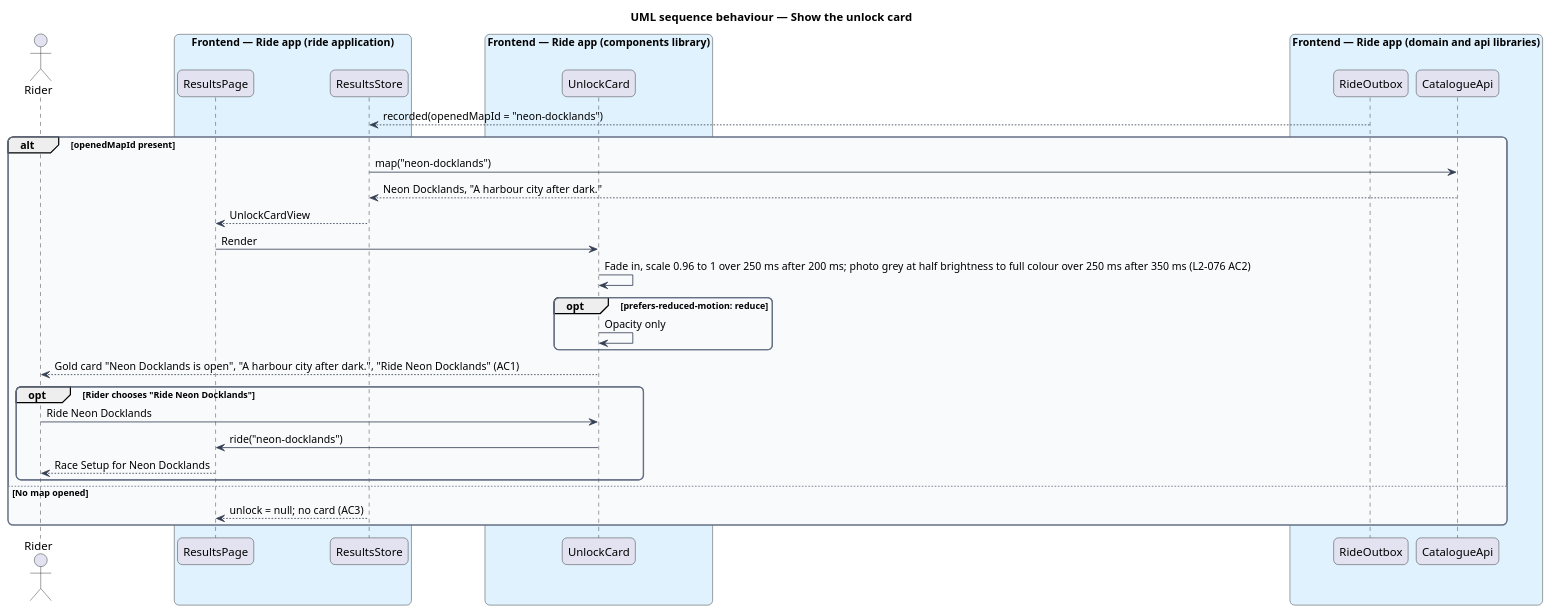
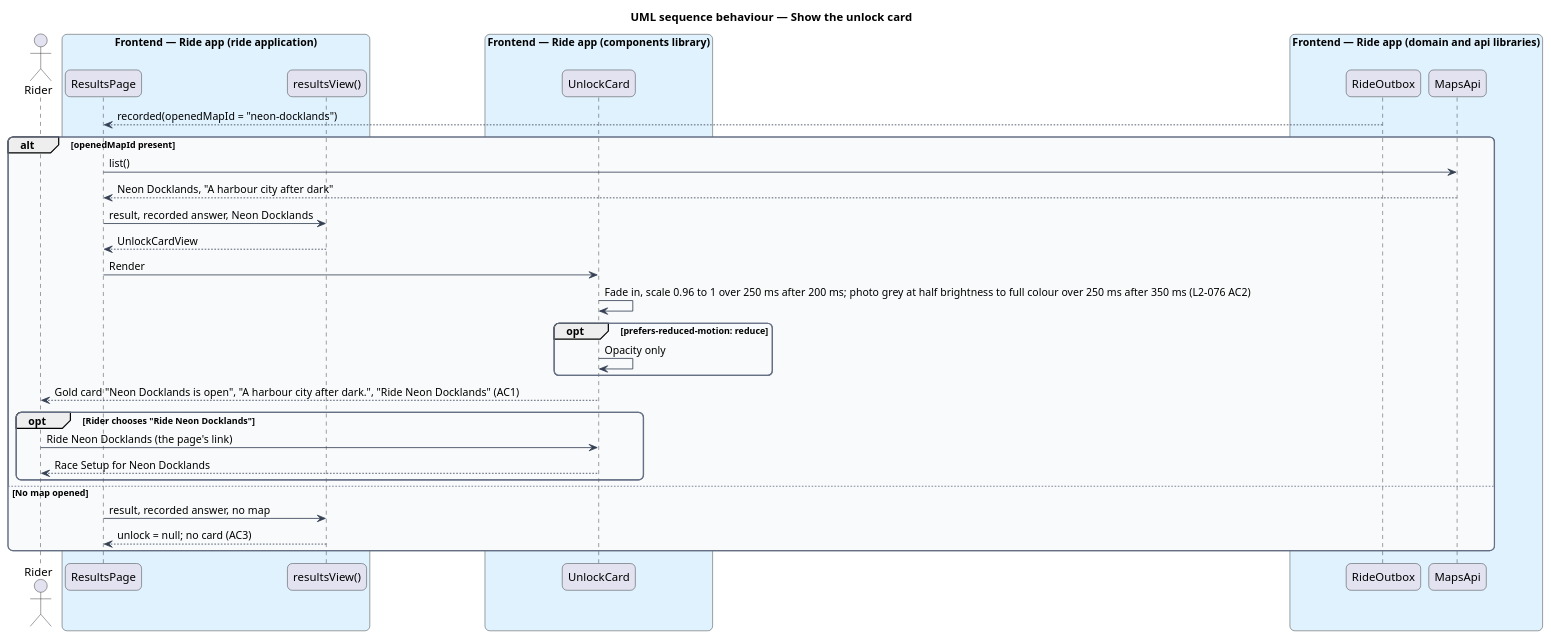
The diagram in docs/detailed-designs/results/celebrate-an-unlock/diagrams/sequence-show-unlock-card.puml (QuinntyneBrown/ride-one), drawn with PlantUML before and after one commit. The commit also changed 10 other files, not shown here.

First line of the commit message:
Bring the unlock card's design in line with Results as built

```diff
--- a/docs/detailed-designs/results/celebrate-an-unlock/diagrams/sequence-show-unlock-card.puml
+++ b/docs/detailed-designs/results/celebrate-an-unlock/diagrams/sequence-show-unlock-card.puml
@@ -1,48 +1,49 @@
 @startuml
 title UML sequence behaviour — Show the unlock card
 skinparam backgroundColor #FFFFFF
 skinparam shadowing false
 skinparam roundcorner 12
 skinparam defaultFontName Arial
 skinparam ArrowColor #344054
 skinparam rectangle {
   BorderColor #344054
   FontColor #101828
 }
 skinparam package {
   BorderColor #667085
   FontColor #101828
   BackgroundColor #F9FAFB
 }
 actor "Rider" as actor
 box "Frontend — Ride app (ride application)" #E0F2FE
   participant "ResultsPage" as page
-  participant "ResultsStore" as store
+  participant "resultsView()" as store
 end box
 box "Frontend — Ride app (components library)" #E0F2FE
   participant "UnlockCard" as card
 end box
 box "Frontend — Ride app (domain and api libraries)" #E0F2FE
   participant "RideOutbox" as outbox
-  participant "CatalogueApi" as cat
+  participant "MapsApi" as cat
 end box
-outbox --> store : recorded(openedMapId = "neon-docklands")
+outbox --> page : recorded(openedMapId = "neon-docklands")
 alt openedMapId present
-  store -> cat : map("neon-docklands")
-  cat --> store : Neon Docklands, "A harbour city after dark."
+  page -> cat : list()
+  cat --> page : Neon Docklands, "A harbour city after dark"
+  page -> store : result, recorded answer, Neon Docklands
   store --> page : UnlockCardView
   page -> card : Render
   card -> card : Fade in, scale 0.96 to 1 over 250 ms after 200 ms; photo grey at half brightness to full colour over 250 ms after 350 ms (L2-076 AC2)
   opt prefers-reduced-motion: reduce
     card -> card : Opacity only
   end
   card --> actor : Gold card "Neon Docklands is open", "A harbour city after dark.", "Ride Neon Docklands" (AC1)
   opt Rider chooses "Ride Neon Docklands"
-    actor -> card : Ride Neon Docklands
-    card -> page : ride("neon-docklands")
-    page --> actor : Race Setup for Neon Docklands
+    actor -> card : Ride Neon Docklands (the page's link)
+    card --> actor : Race Setup for Neon Docklands
   end
 else No map opened
+  page -> store : result, recorded answer, no map
   store --> page : unlock = null; no card (AC3)
 end
 @enduml
```
